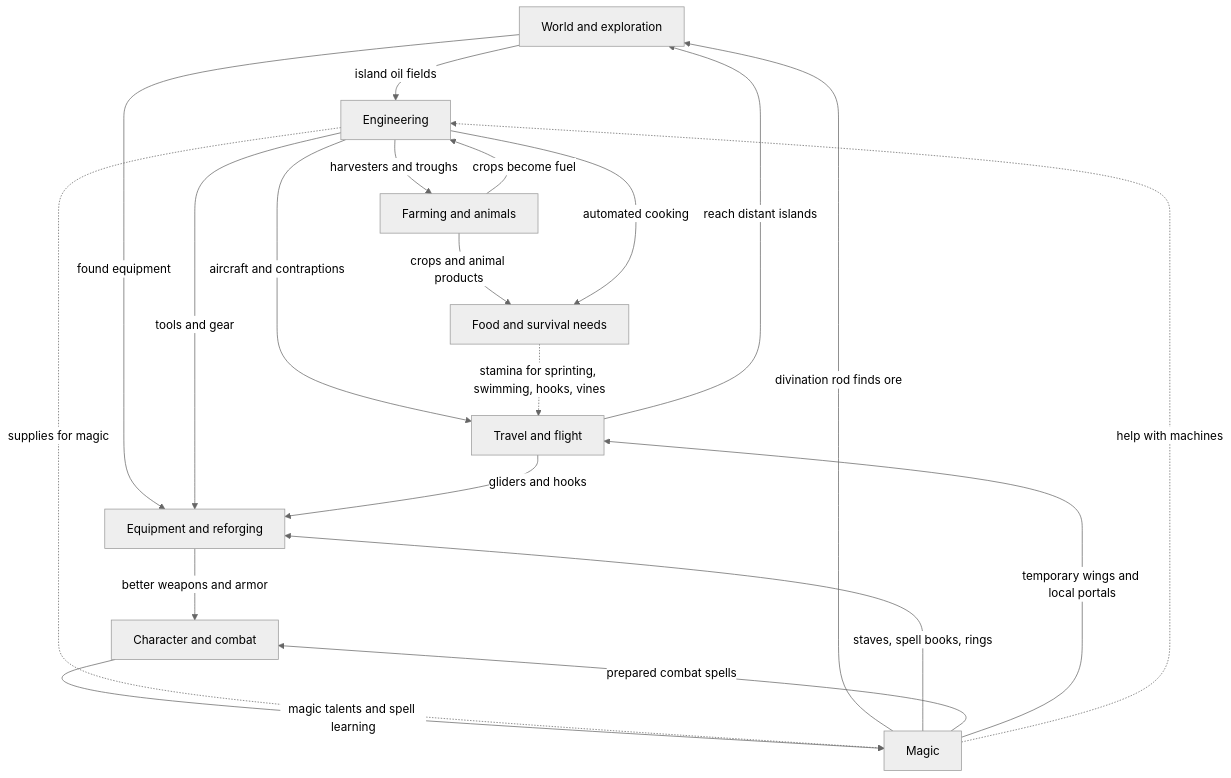
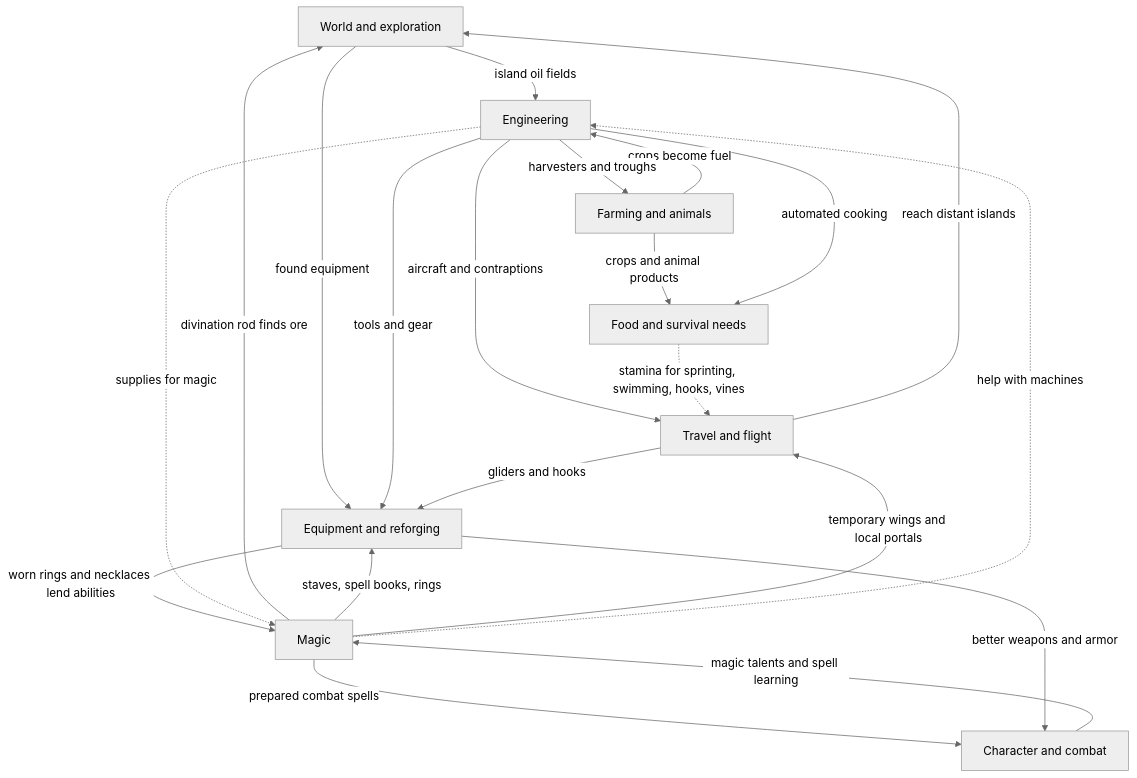
One commit to ALittleMoron/aeroscapes-reimagine changed the first of 2 diagrams in docs/en/experience/systems.md. Above: the diagram before and after it, drawn with Mermaid (neutral theme). The commit also changed 86 other files, not shown here.

````diff
--- a/docs/en/experience/systems.md
+++ b/docs/en/experience/systems.md
@@ -11,32 +11,33 @@
 ```mermaid
 flowchart TB
   world["World and exploration"]
   travel["Travel and flight"]
   eng["Engineering"]
   farm["Farming and animals"]
   food["Food and survival needs"]
   magic["Magic"]
   equip["Equipment and reforging"]
   char["Character and combat"]
 
   farm -->|"crops become fuel"| eng
   world -->|"island oil fields"| eng
   eng -->|"aircraft and contraptions"| travel
   eng -->|"harvesters and troughs"| farm
   farm -->|"crops and animal products"| food
   eng -->|"automated cooking"| food
   magic -->|"divination rod finds ore"| world
   travel -->|"reach distant islands"| world
   world -->|"found equipment"| equip
   eng -->|"tools and gear"| equip
   magic -->|"staves, spell books, rings"| equip
+  equip -->|"worn rings and necklaces lend abilities"| magic
   magic -->|"prepared combat spells"| char
   char -->|"magic talents and spell learning"| magic
   magic -->|"temporary wings and local portals"| travel
   travel -->|"gliders and hooks"| equip
   equip -->|"better weapons and armor"| char
 
   food -.->|"stamina for sprinting, swimming, hooks, vines"| travel
   magic -.->|"help with machines"| eng
   eng -.->|"supplies for magic"| magic
 ```
````
